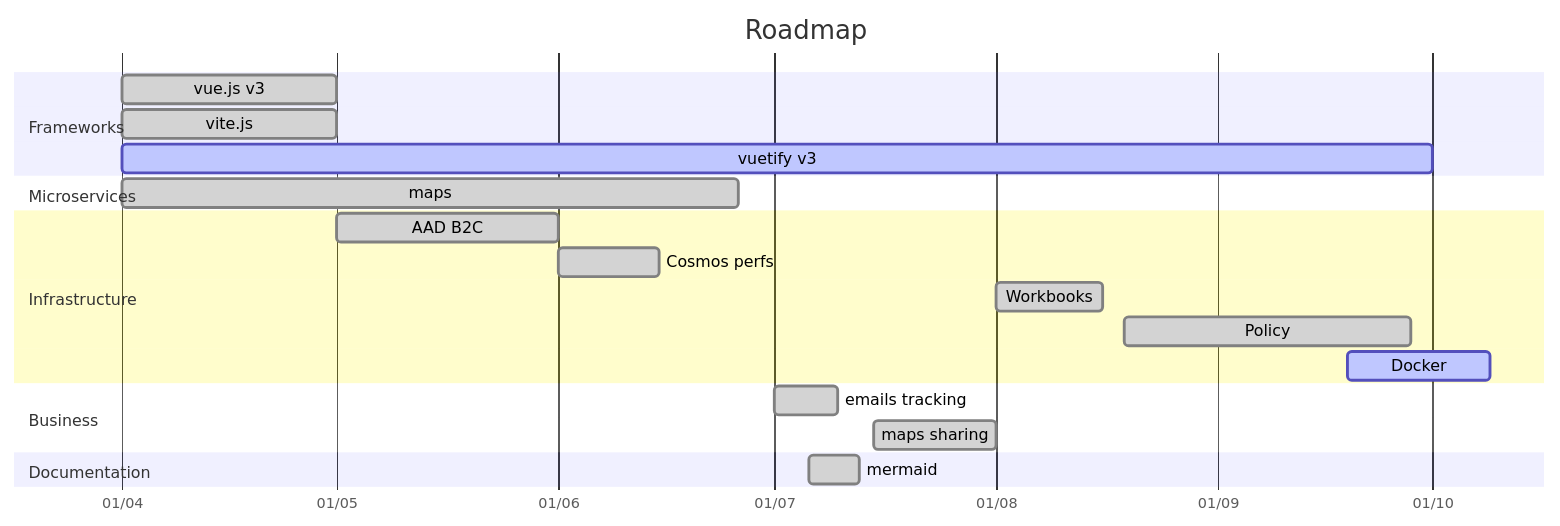
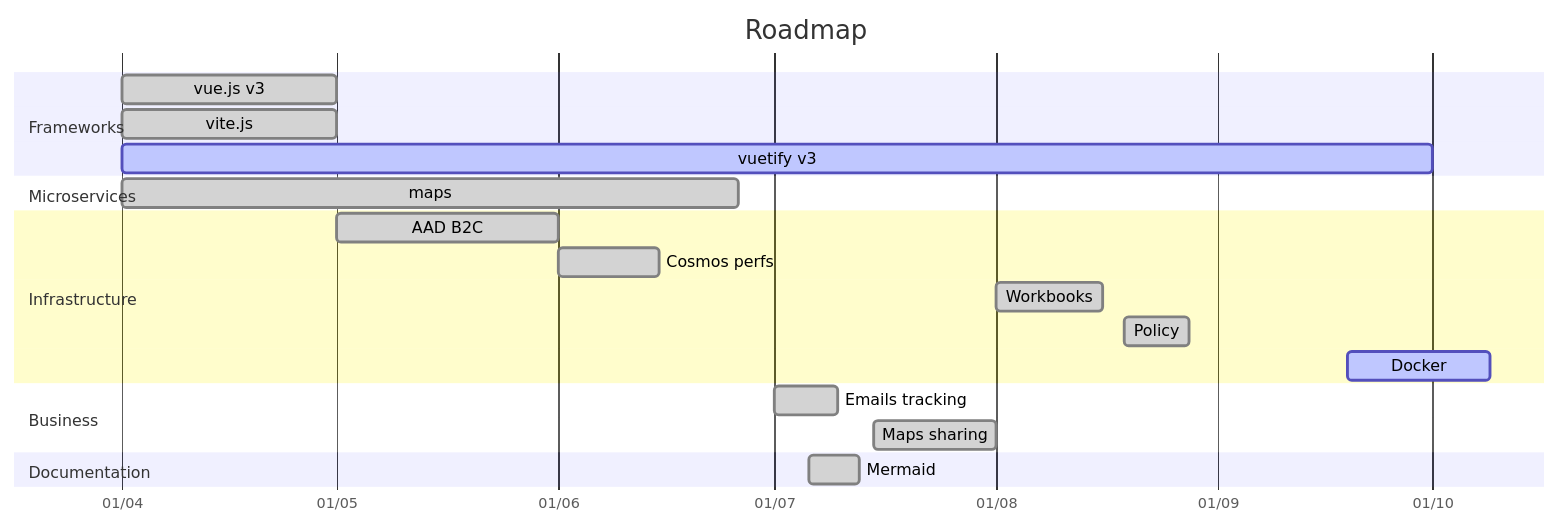
One commit to amilochau/.github changed the diagram in docs/roadmap.md. Above: the diagram before and after it, drawn with Mermaid.

Commit message:
Update roadmap

````diff
--- a/docs/roadmap.md
+++ b/docs/roadmap.md
@@ -9,28 +9,28 @@
 ```mermaid
 gantt
   title Roadmap
   dateFormat YYYY-MM-DD
   axisFormat %d/%m
 
   section Frameworks
   vue.js v3       : done,       vue,        2022-04-01,               2022-05-01
   vite.js         : done,       vite,       2022-04-01,               2022-05-01
   vuetify v3      : active,     vuetify,    2022-04-01,               2022-10-01
 
   section Microservices
   maps            : done,       maps,       2022-04-01,               2022-06-26
 
   section Infrastructure
   AAD B2C         : done,       aadb2c,     2022-05-01,               2022-06-01
   Cosmos perfs    : done,       cosmos,     2022-06-01,               2022-06-15
   Workbooks       : done,       workbooks,  2022-08-01,               2022-08-16
-  Policy          : done,       policy,     2022-08-19,               2022-09-28
+  Policy          : done,       policy,     2022-08-19,               2022-08-28
   Docker          : active,     docker,     2022-09-19,               20d
 
   section Business
-  emails tracking : done,       tracking,   2022-07-01,               2022-07-10
-  maps sharing    : done,       sharing,    2022-07-15,               2022-08-01
+  Emails tracking : done,       tracking,   2022-07-01,               2022-07-10
+  Maps sharing    : done,       sharing,    2022-07-15,               2022-08-01
 
   section Documentation
-  mermaid         : done,     mermaid,    2022-07-06,               2022-07-13
+  Mermaid         : done,       mermaid,    2022-07-06,               2022-07-13
 ```
````
